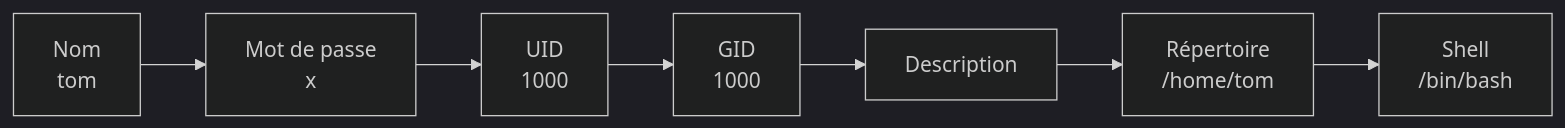
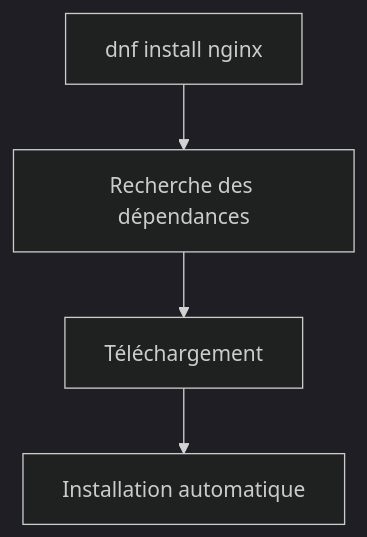
One commit to tdelaclos/formations changed the fourth of 20 diagrams in campagne 1/1.5.md. Above: the diagram before and after it, drawn with Mermaid (dark theme). The commit also changed other lines of this file, not shown here.

````diff
--- a/campagne 1/1.5.md
+++ b/campagne 1/1.5.md
@@ -241,19 +279,11 @@
 ```mermaid
-flowchart LR
+flowchart TD
 
-A["Nom<br/>tom"]
+A["dnf install nginx"]
 
-B["Mot de passe<br/>x"]
+A --> B["Recherche des dépendances"]
 
-C["UID<br/>1000"]
+B --> C["Téléchargement"]
 
-D["GID<br/>1000"]
-
-E["Description"]
-
-F["Répertoire<br/>/home/tom"]
-
-G["Shell<br/>/bin/bash"]
-
-A --> B --> C --> D --> E --> F --> G
+C --> D["Installation automatique"]
 ```
````
